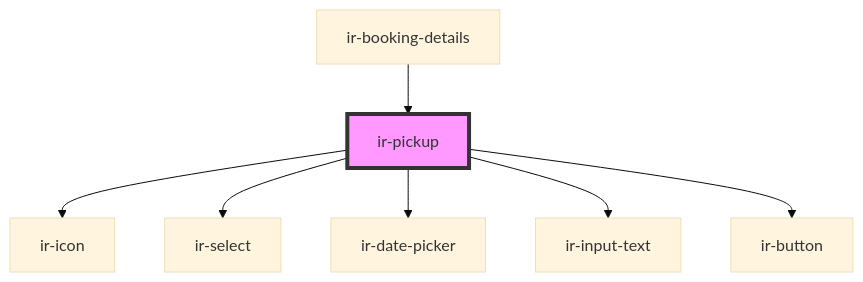
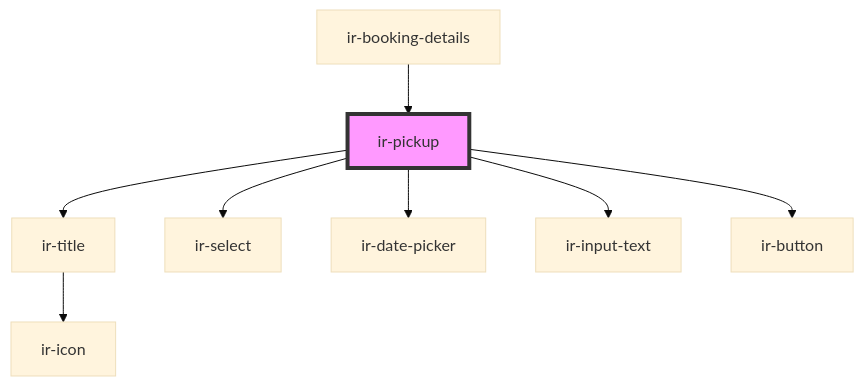
The diagram in src/components/ir-booking-details/ir-pickup/readme.md (David1Chowaifaty/modified-ir-webcmp), drawn with Mermaid (base theme) before and after one commit. The commit also changed other lines of this file and 10 other files, not shown here.

````diff
--- a/src/components/ir-booking-details/ir-pickup/readme.md
+++ b/src/components/ir-booking-details/ir-pickup/readme.md
@@ -40,10 +40,11 @@
 ```mermaid
 graph TD;
-  ir-pickup --> ir-icon
+  ir-pickup --> ir-title
   ir-pickup --> ir-select
   ir-pickup --> ir-date-picker
   ir-pickup --> ir-input-text
   ir-pickup --> ir-button
+  ir-title --> ir-icon
   ir-booking-details --> ir-pickup
   style ir-pickup fill:#f9f,stroke:#333,stroke-width:4px
 ```
````
